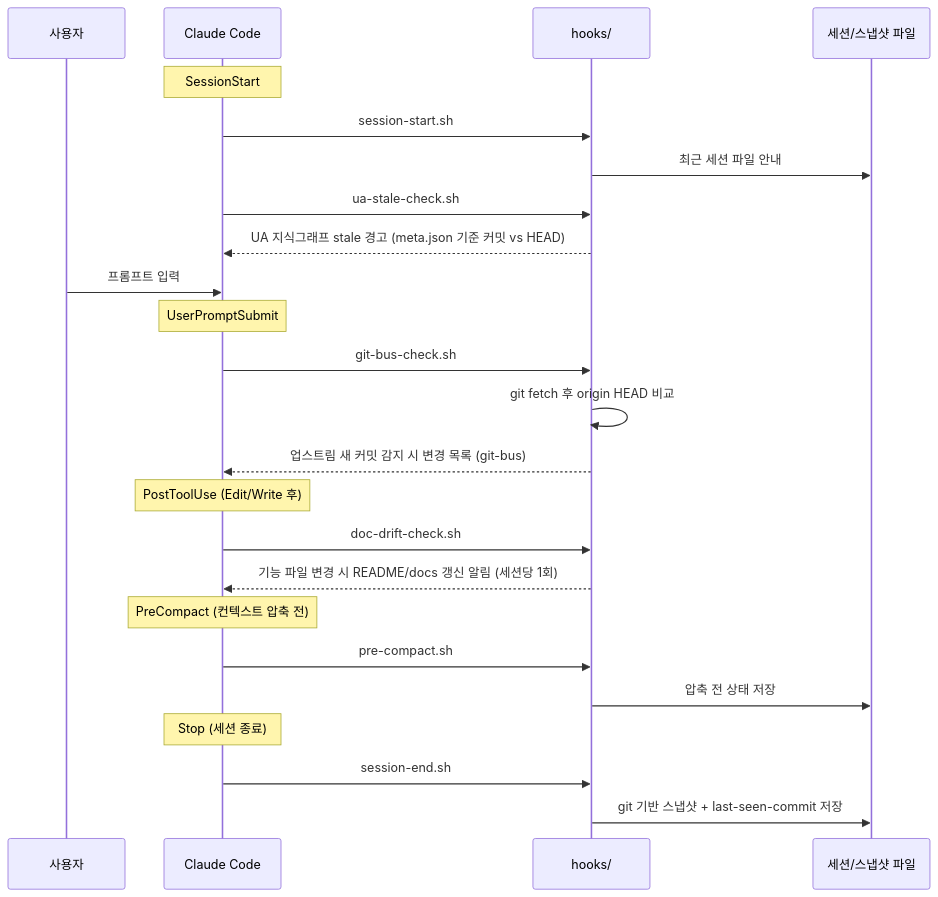
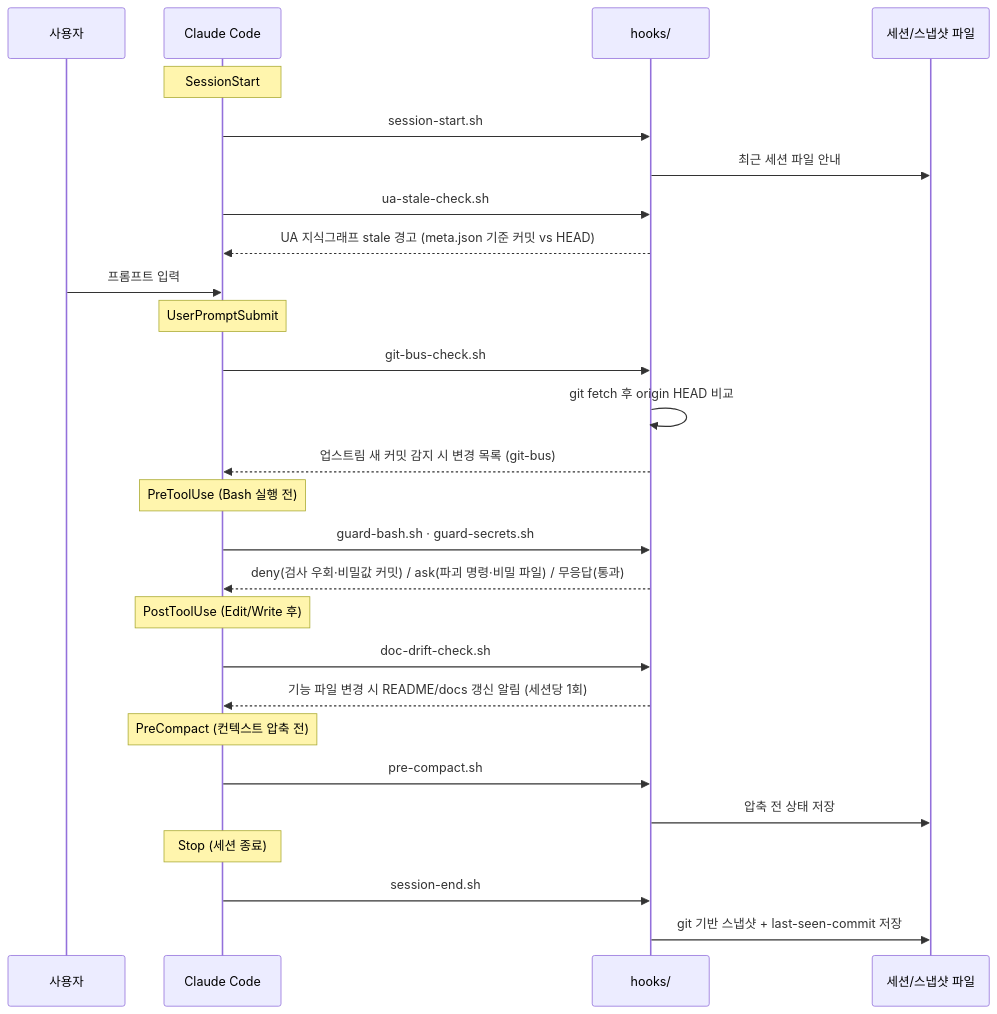
One commit to jomarusoup/Arachne changed the second of 4 diagrams in docs/ARCHITECTURE.md. Above: the diagram before and after it, drawn with Mermaid. The commit also changed other lines of this file and 13 other files, not shown here.

````diff
--- a/docs/ARCHITECTURE.md
+++ b/docs/ARCHITECTURE.md
@@ -183,30 +183,33 @@
 ```mermaid
 sequenceDiagram
     participant U as 사용자
     participant CC as Claude Code
     participant H as hooks/
     participant FS as 세션/스냅샷 파일
 
     Note over CC: SessionStart
     CC->>H: session-start.sh
     H->>FS: 최근 세션 파일 안내
     CC->>H: ua-stale-check.sh
     H-->>CC: UA 지식그래프 stale 경고 (meta.json 기준 커밋 vs HEAD)
 
     U->>CC: 프롬프트 입력
     Note over CC: UserPromptSubmit
     CC->>H: git-bus-check.sh
     H->>H: git fetch 후 origin HEAD 비교
     H-->>CC: 업스트림 새 커밋 감지 시 변경 목록 (git-bus)
+    Note over CC: PreToolUse (Bash 실행 전)
+    CC->>H: guard-bash.sh · guard-secrets.sh
+    H-->>CC: deny(검사 우회·비밀값 커밋) / ask(파괴 명령·비밀 파일) / 무응답(통과)
     Note over CC: PostToolUse (Edit/Write 후)
     CC->>H: doc-drift-check.sh
     H-->>CC: 기능 파일 변경 시 README/docs 갱신 알림 (세션당 1회)
 
     Note over CC: PreCompact (컨텍스트 압축 전)
     CC->>H: pre-compact.sh
     H->>FS: 압축 전 상태 저장
 
     Note over CC: Stop (세션 종료)
     CC->>H: session-end.sh
     H->>FS: git 기반 스냅샷 + last-seen-commit 저장
 ```
````
